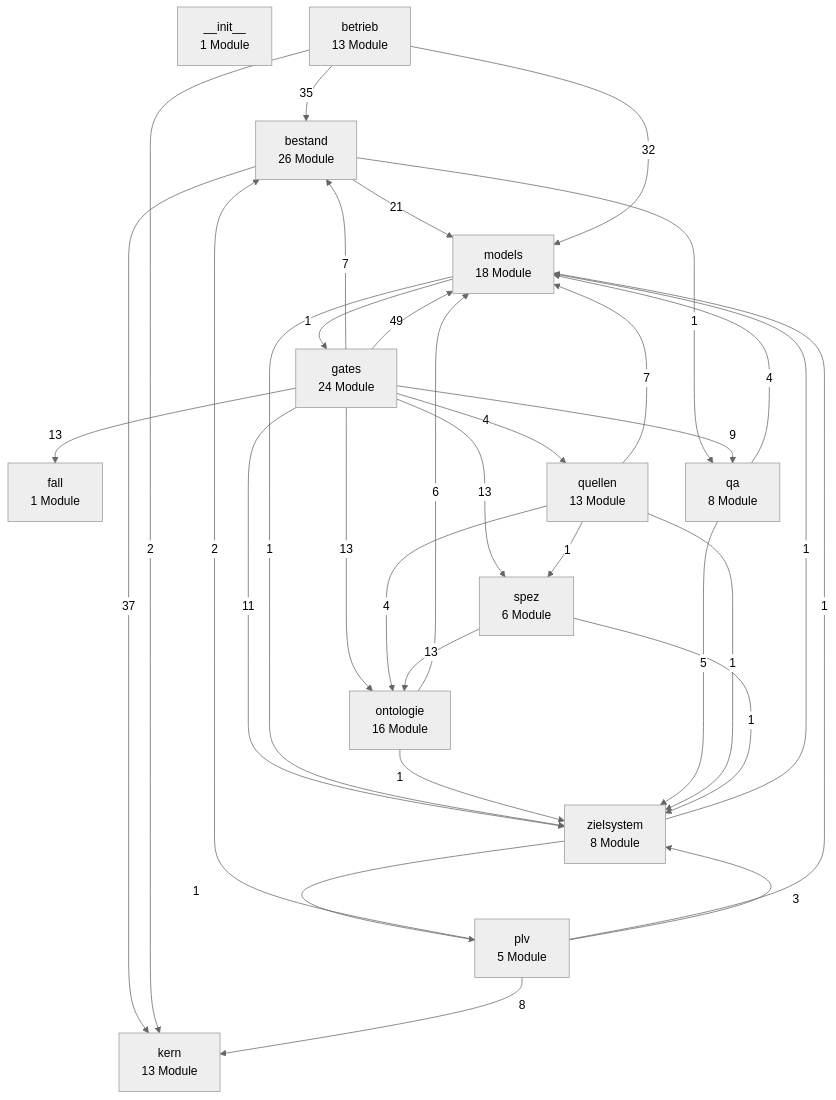
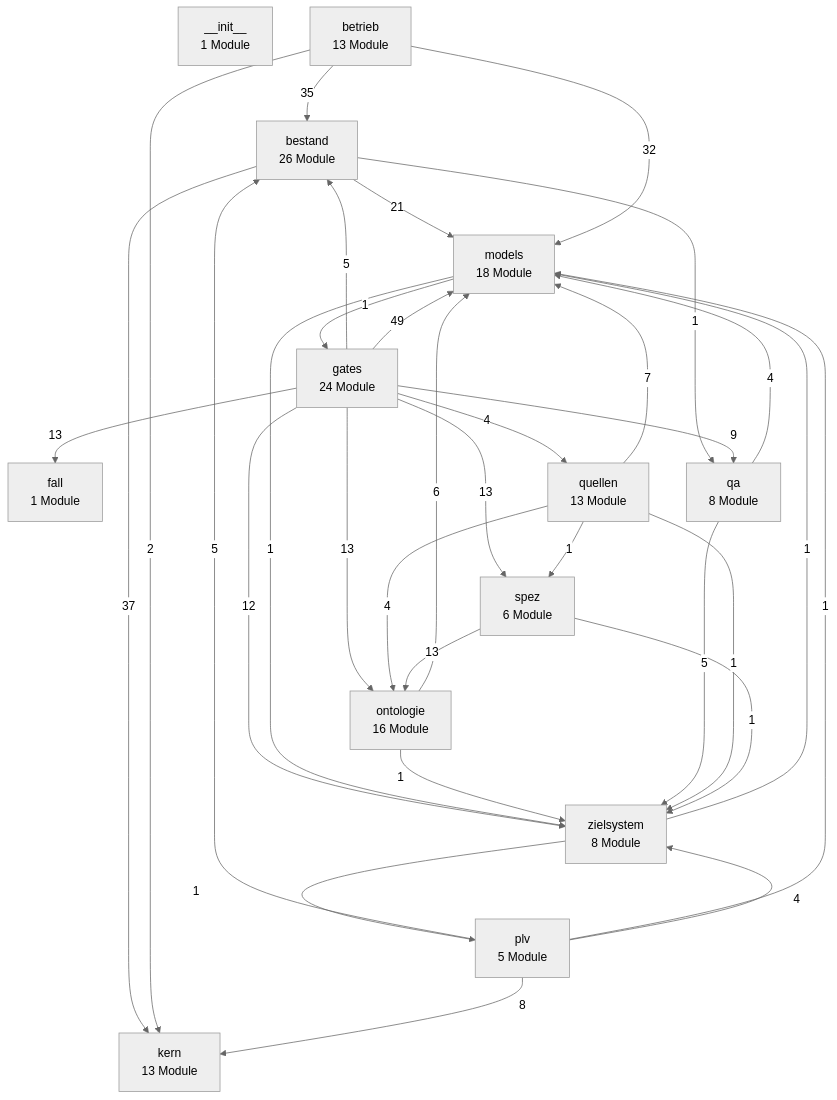
Before and after one commit to bartlmac/rechner-pipeline: the first of 3 diagrams in docs/architektur/landkarte.md, drawn with Mermaid (neutral theme). The commit also changed other lines of this file and 11 other files, not shown here.

````diff
--- a/docs/architektur/landkarte.md
+++ b/docs/architektur/landkarte.md
@@ -36,49 +36,49 @@
 ```mermaid
 %% Schichten — erzeugt von ontologie.landkarte
 flowchart TD
     n__init__["__init__<br/>1 Module"]
     bestand["bestand<br/>26 Module"]
     betrieb["betrieb<br/>13 Module"]
     fall["fall<br/>1 Module"]
     gates["gates<br/>24 Module"]
     kern["kern<br/>13 Module"]
     models["models<br/>18 Module"]
     ontologie["ontologie<br/>16 Module"]
     plv["plv<br/>5 Module"]
     qa["qa<br/>8 Module"]
     quellen["quellen<br/>13 Module"]
     spez["spez<br/>6 Module"]
     zielsystem["zielsystem<br/>8 Module"]
     bestand -- 37 --> kern
     bestand -- 21 --> models
     bestand -- 1 --> qa
     betrieb -- 35 --> bestand
     betrieb -- 2 --> kern
     betrieb -- 32 --> models
-    gates -- 7 --> bestand
+    gates -- 5 --> bestand
     gates -- 13 --> fall
     gates -- 49 --> models
     gates -- 13 --> ontologie
     gates -- 9 --> qa
     gates -- 4 --> quellen
     gates -- 13 --> spez
-    gates -- 11 --> zielsystem
+    gates -- 12 --> zielsystem
     models -- 1 --> gates
     models -- 1 --> zielsystem
     ontologie -- 6 --> models
     ontologie -- 1 --> zielsystem
-    plv -- 2 --> bestand
+    plv -- 5 --> bestand
     plv -- 8 --> kern
     plv -- 1 --> models
-    plv -- 3 --> zielsystem
+    plv -- 4 --> zielsystem
     qa -- 4 --> models
     qa -- 5 --> zielsystem
     quellen -- 7 --> models
     quellen -- 4 --> ontologie
     quellen -- 1 --> spez
     quellen -- 1 --> zielsystem
     spez -- 13 --> ontologie
     spez -- 1 --> zielsystem
     zielsystem -- 1 --> models
     zielsystem -- 1 --> plv
 ```
````
